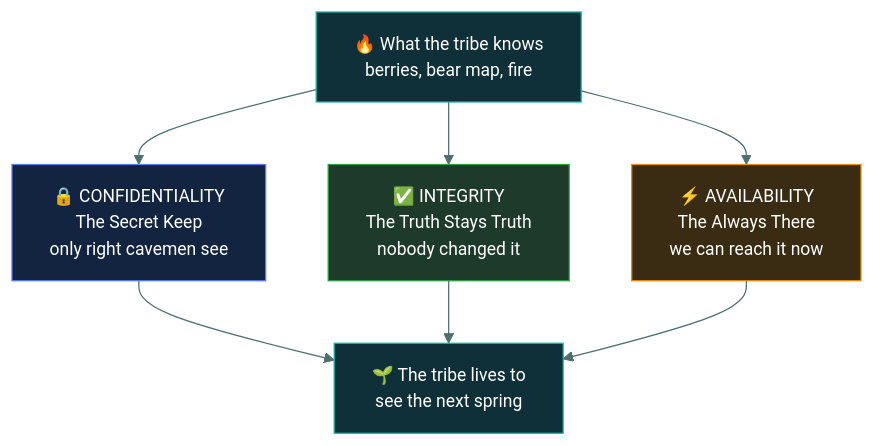
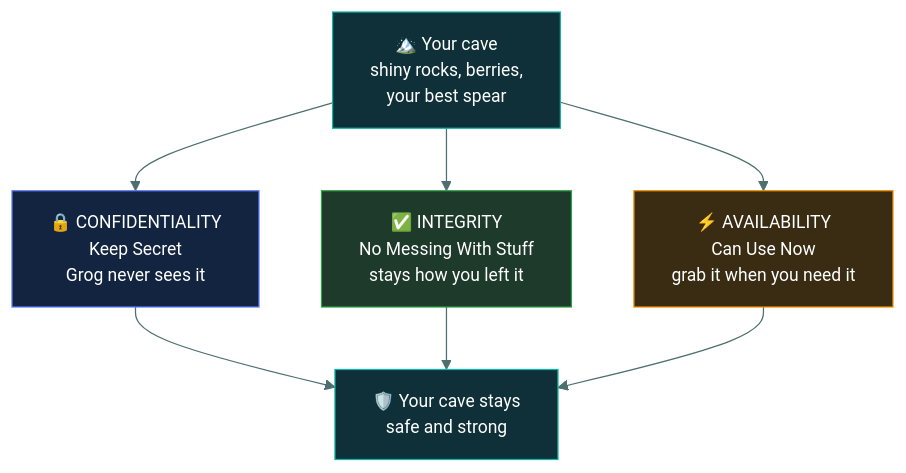
One commit to tarunTejaDesireddy/cc-exam-prep changed the first of 3 diagrams in 01-security-principles/cia-triad/README.md. Above: the diagram before and after it, drawn with Mermaid. The commit also changed other lines of this file, not shown here.

First line of the commit message:
Rewrite the CIA triad with the shiny rock, mammoth painting and spear

````diff
--- a/01-security-principles/cia-triad/README.md
+++ b/01-security-principles/cia-triad/README.md
@@ -28,17 +28,17 @@
 ```mermaid
 %%{init: {'theme':'base','themeVariables':{'fontFamily':'Segoe UI, Helvetica Neue, Arial, sans-serif','fontSize':'14px','lineColor':'#4d6f6e','textColor':'#dbe7e6'}}}%%
 flowchart TD
-    T["🔥 What the tribe knows<br/>berries, bear map, fire"]
-    T --> C["🔒 CONFIDENTIALITY<br/>The Secret Keep<br/>only right cavemen see"]
-    T --> I["✅ INTEGRITY<br/>The Truth Stays Truth<br/>nobody changed it"]
-    T --> A["⚡ AVAILABILITY<br/>The Always There<br/>we can reach it now"]
-    C --> S["🌱 The tribe lives to<br/>see the next spring"]
-    I --> S
-    A --> S
+    CAVE["🏔️ Your cave<br/>shiny rocks, berries,<br/>your best spear"]
+    CAVE --> C["🔒 CONFIDENTIALITY<br/>Keep Secret<br/>Grog never sees it"]
+    CAVE --> I["✅ INTEGRITY<br/>No Messing With Stuff<br/>stays how you left it"]
+    CAVE --> A["⚡ AVAILABILITY<br/>Can Use Now<br/>grab it when you need it"]
+    C --> SAFE["🛡️ Your cave stays<br/>safe and strong"]
+    I --> SAFE
+    A --> SAFE
 
-    style T fill:#0f3038,stroke:#12B5A5,color:#fff
+    style CAVE fill:#0f3038,stroke:#12B5A5,color:#fff
     style C fill:#12243f,stroke:#5C7CFA,color:#fff
     style I fill:#1d3a2a,stroke:#2F9E44,color:#fff
     style A fill:#3a2c12,stroke:#F08C00,color:#fff
-    style S fill:#0f3038,stroke:#12B5A5,color:#fff
+    style SAFE fill:#0f3038,stroke:#12B5A5,color:#fff
 ```
````
